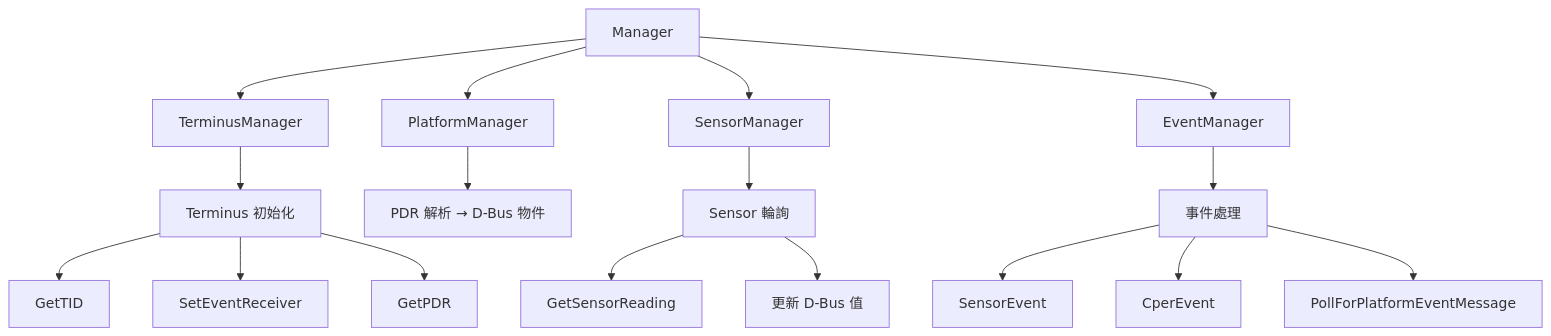
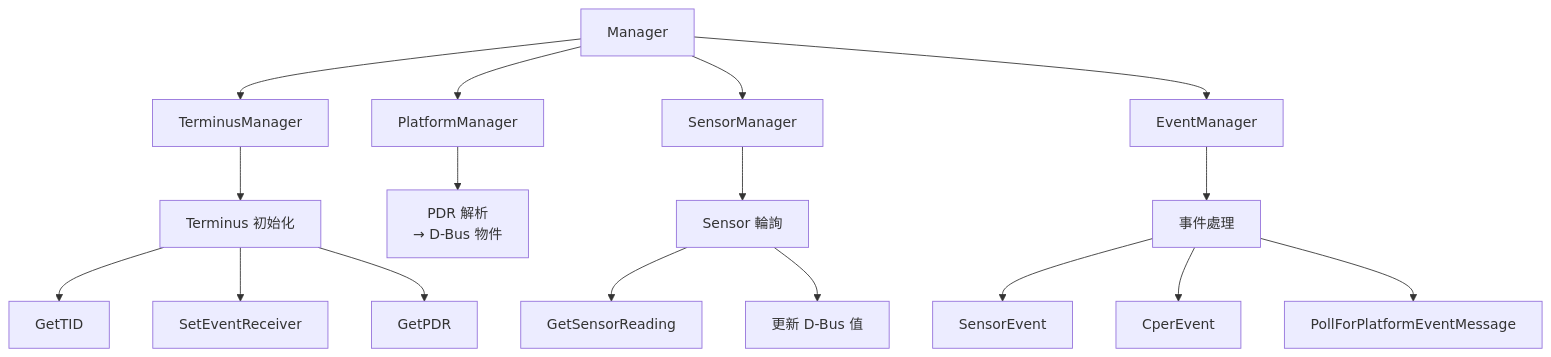
The fourth of 5 diagrams in pldm/SourceCodeWalkthrough.md (chilung-cgu/bmc-firmware-knowledge-base), drawn with Mermaid before and after one commit. The commit also changed other lines of this file and 18 other files, not shown here.

First line of the commit message:
docs(pldm): 批量優化 Mermaid 流程圖排版解決文字截斷問題

````diff
--- a/pldm/SourceCodeWalkthrough.md
+++ b/pldm/SourceCodeWalkthrough.md
@@ -358,23 +358,23 @@
 ```mermaid
 flowchart TD
     A["Manager"] --> B["TerminusManager"]
     A --> C["PlatformManager"]
     A --> D["SensorManager"]
     A --> E["EventManager"]
 
     B --> F["Terminus 初始化"]
     F --> F1["GetTID"]
     F --> F2["SetEventReceiver"]
     F --> F3["GetPDR"]
 
-    C --> G["PDR 解析 → D-Bus 物件"]
+    C --> G["PDR 解析<br>→ D-Bus 物件"]
 
     D --> H["Sensor 輪詢"]
     H --> H1["GetSensorReading"]
     H --> H2["更新 D-Bus 值"]
 
     E --> I["事件處理"]
     I --> I1["SensorEvent"]
     I --> I2["CperEvent"]
     I --> I3["PollForPlatformEventMessage"]
 ```
````
